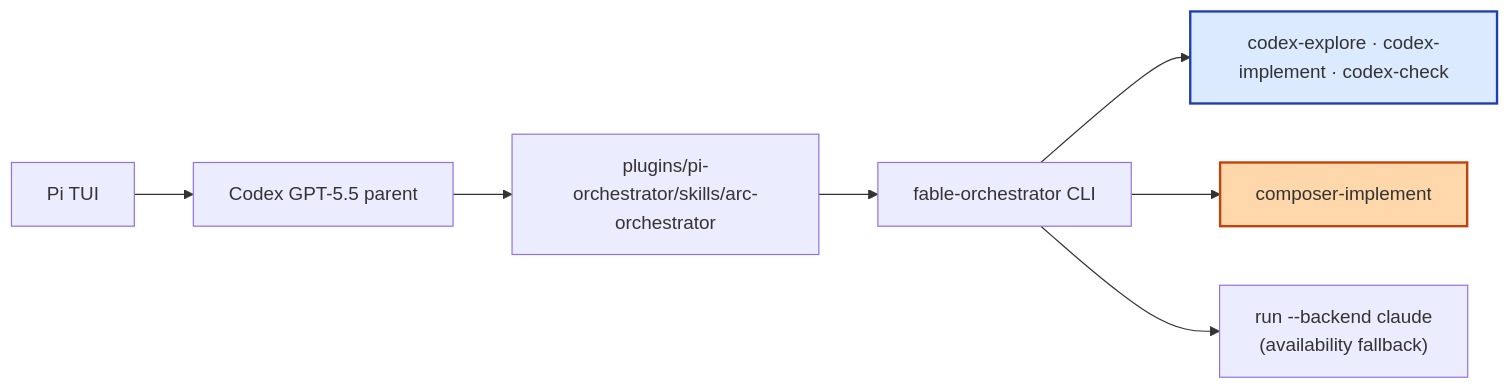
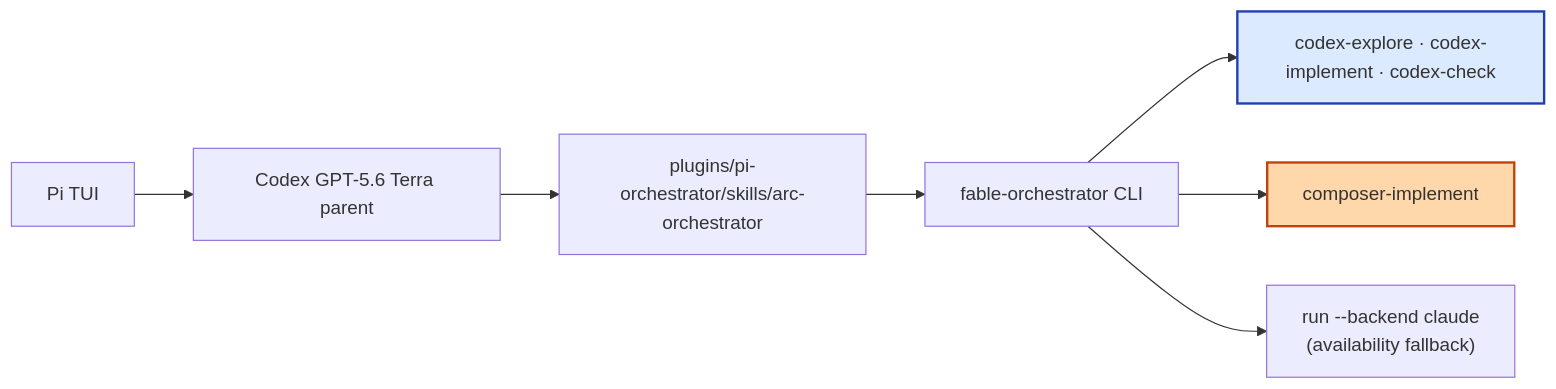
The fourth of 6 diagrams in docs/diagrams/harness-overview.mermaid.md (andysolomon/arc-orchestrator), drawn with Mermaid before and after one commit. The commit also changed other lines of this file and 41 other files, not shown here.

````diff
--- a/docs/diagrams/harness-overview.mermaid.md
+++ b/docs/diagrams/harness-overview.mermaid.md
@@ -135,14 +135,14 @@
 ```mermaid
 flowchart LR
-    Pi["Pi TUI"] --> CodexP["Codex GPT-5.5 parent"]
+    Pi["Pi TUI"] --> CodexP["Codex GPT-5.6 Terra parent"]
     CodexP --> Arc["plugins/pi-orchestrator/skills/arc-orchestrator"]
     Arc --> Runner["fable-orchestrator CLI"]
     Runner --> CodexW["codex-explore · codex-implement · codex-check"]
     Runner --> ComposerW["composer-implement"]
     Runner --> ClaudeBE["run --backend claude<br/>(availability fallback)"]
 
     classDef readonly fill:#dbeafe,stroke:#1e40af,stroke-width:2px;
     classDef write fill:#fed7aa,stroke:#c2410c,stroke-width:2px;
     class CodexW readonly;
     class ComposerW write;
 ```
````
